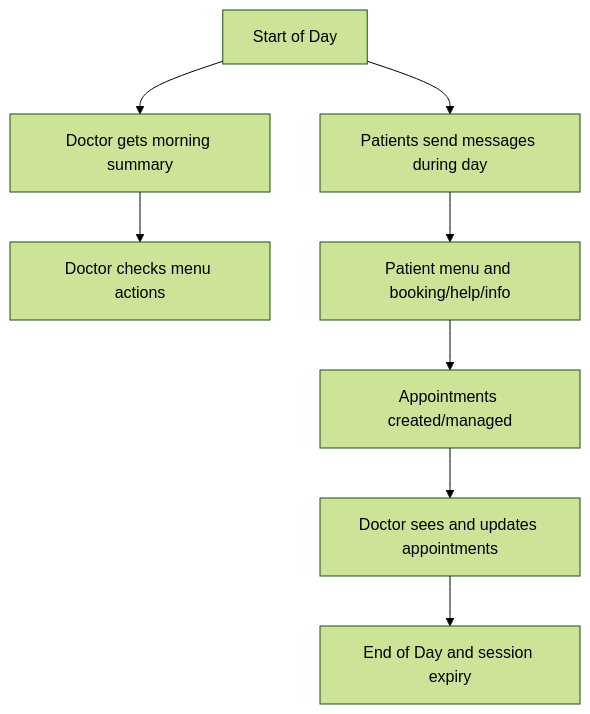
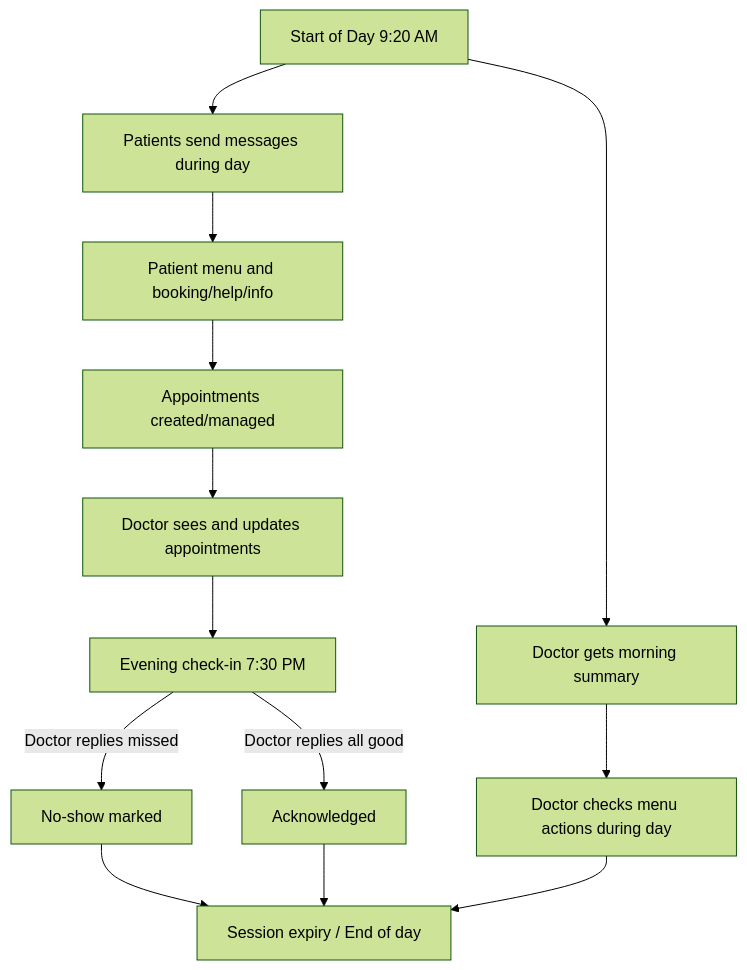
Before and after one commit to MrigeshDeshpande/clinic-bot: the first of 5 diagrams in docs/daily-flow-patient-doctor-visual.md, drawn with Mermaid (forest theme). The commit also changed other lines of this file and 9 other files, not shown here.

Commit message:
feat: enhance daily and evening check-in flows, add Devanagari support, and update cron schedules

````diff
--- a/docs/daily-flow-patient-doctor-visual.md
+++ b/docs/daily-flow-patient-doctor-visual.md
@@ -9,10 +9,15 @@
 ```mermaid
 flowchart TD
-    A[Start of Day] --> B[Doctor gets morning summary]
-    B --> C[Doctor checks menu actions]
+    A[Start of Day 9:20 AM] --> B[Doctor gets morning summary]
+    B --> C[Doctor checks menu actions during day]
     A --> D[Patients send messages during day]
     D --> E[Patient menu and booking/help/info]
     E --> F[Appointments created/managed]
     F --> G[Doctor sees and updates appointments]
-    G --> H[End of Day and session expiry]
+    G --> H[Evening check-in 7:30 PM]
+    H -->|Doctor replies missed <time>| I[No-show marked]
+    H -->|Doctor replies all good| J[Acknowledged]
+    I --> K[Session expiry / End of day]
+    J --> K
+    C --> K
 ```
````
